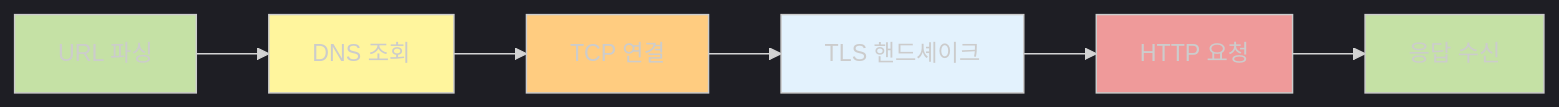
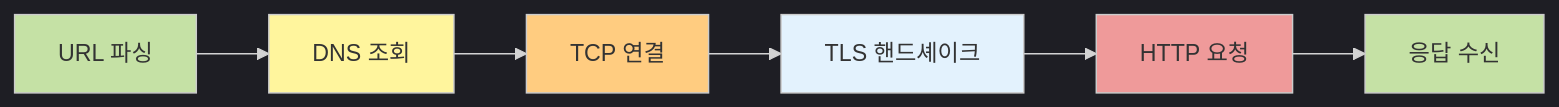
The fourth of 9 diagrams in apps/devblog/content/posts/input.mdx (Cllaude99/cllaude99_labs), drawn with Mermaid before and after one commit. The commit also changed other lines of this file, not shown here.

````diff
--- a/apps/devblog/content/posts/input.mdx
+++ b/apps/devblog/content/posts/input.mdx
@@ -111,16 +111,16 @@
 ```mermaid
 %%{init: {'theme':'dark'}}%%
 graph LR
     A["URL 파싱"] --> B["DNS 조회"]
     B --> C["TCP 연결"]
     C --> D["TLS 핸드셰이크"]
     D --> E["HTTP 요청"]
     E --> F["응답 수신"]
 
-    style A fill:#c5e1a5
-    style B fill:#fff59d
-    style C fill:#ffcc80
-    style D fill:#e3f2fd
-    style E fill:#ef9a9a
-    style F fill:#c5e1a5
+    style A fill:#c5e1a5,color:#333
+    style B fill:#fff59d,color:#333
+    style C fill:#ffcc80,color:#333
+    style D fill:#e3f2fd,color:#333
+    style E fill:#ef9a9a,color:#333
+    style F fill:#c5e1a5,color:#333
 ```
````
